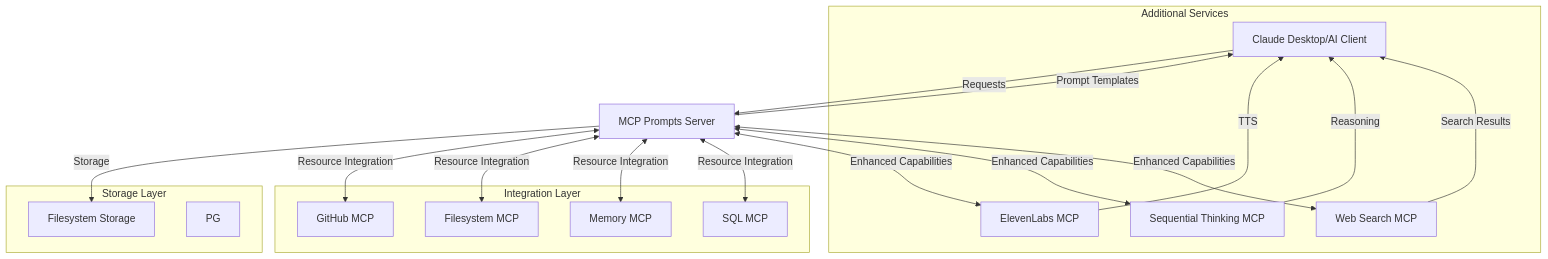
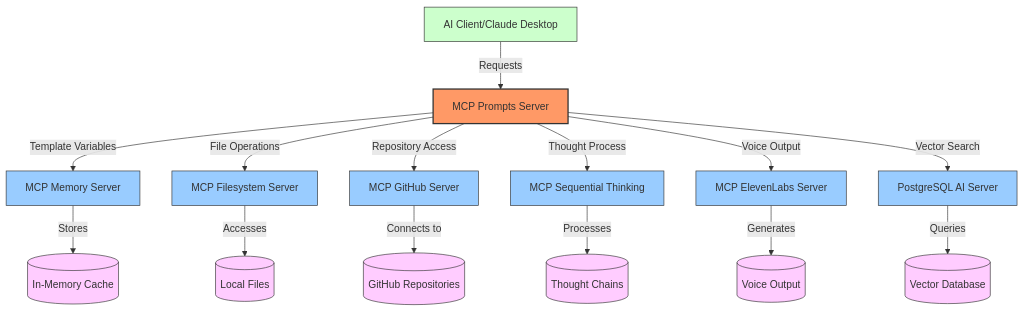
Before and after one commit to tjks111/mcp-prompt: the first of 17 diagrams in README.md, drawn with Mermaid. The commit also changed other lines of this file and 104 other files, not shown here.

Commit message:
refactor: update server registration to use new MCP SDK methods, improve Docker configurations, and enhance documentation

````diff
--- a/README.md
+++ b/README.md
@@ -557,32 +580,25 @@
 ```mermaid
 graph TD
-    Claude[Claude Desktop/AI Client] --> |Requests| MCP[MCP Prompts Server]
-    MCP --> |Prompt Templates| Claude
-    MCP --> |Storage| FS[Filesystem Storage]
-    MCP <--> |Resource Integration| GH[GitHub MCP]
-    MCP <--> |Resource Integration| FS2[Filesystem MCP]
-    MCP <--> |Resource Integration| MEM[Memory MCP]
-    MCP <--> |Resource Integration| SQL[SQL MCP]
+    classDef mainServer fill:#f96,stroke:#333,stroke-width:2px;
+    classDef serverNode fill:#9cf,stroke:#333,stroke-width:1px;
+    classDef dataStore fill:#fcf,stroke:#333,stroke-width:1px;
+    classDef client fill:#cfc,stroke:#333,stroke-width:1px;
     
-    subgraph "Storage Layer"
-        FS
-        PG
-    end
+    Client[AI Client/Claude Desktop] --> |Requests| MCP[MCP Prompts Server]
     
-    subgraph "Integration Layer"
-        GH
-        FS2
-        MEM
-        SQL
-    end
+    MCP:::mainServer --> |Template Variables| Memory[MCP Memory Server]
+    MCP --> |File Operations| FS[MCP Filesystem Server]
+    MCP --> |Repository Access| GitHub[MCP GitHub Server]
+    MCP --> |Thought Process| Thinking[MCP Sequential Thinking]
+    MCP --> |Voice Output| ElevenLabs[MCP ElevenLabs Server]
+    MCP --> |Vector Search| PGAI[PostgreSQL AI Server]
     
-    subgraph "Additional Services"
-        EL[ElevenLabs MCP] --> |TTS| Claude
-        ST[Sequential Thinking MCP] --> |Reasoning| Claude
-        WEB[Web Search MCP] --> |Search Results| Claude
-    end
+    Memory:::serverNode --> |Stores| MemoryCache[(In-Memory Cache)]:::dataStore
+    FS:::serverNode --> |Accesses| FileSystem[(Local Files)]:::dataStore
+    GitHub:::serverNode --> |Connects to| GitHubAPI[(GitHub Repositories)]:::dataStore
+    Thinking:::serverNode --> |Processes| ThoughtFlow[(Thought Chains)]:::dataStore
+    ElevenLabs:::serverNode --> |Generates| Audio[(Voice Output)]:::dataStore
+    PGAI:::serverNode --> |Queries| VectorDB[(Vector Database)]:::dataStore
     
-    MCP <--> |Enhanced Capabilities| EL
-    MCP <--> |Enhanced Capabilities| ST
-    MCP <--> |Enhanced Capabilities| WEB
+    Client:::client
 ```
````
